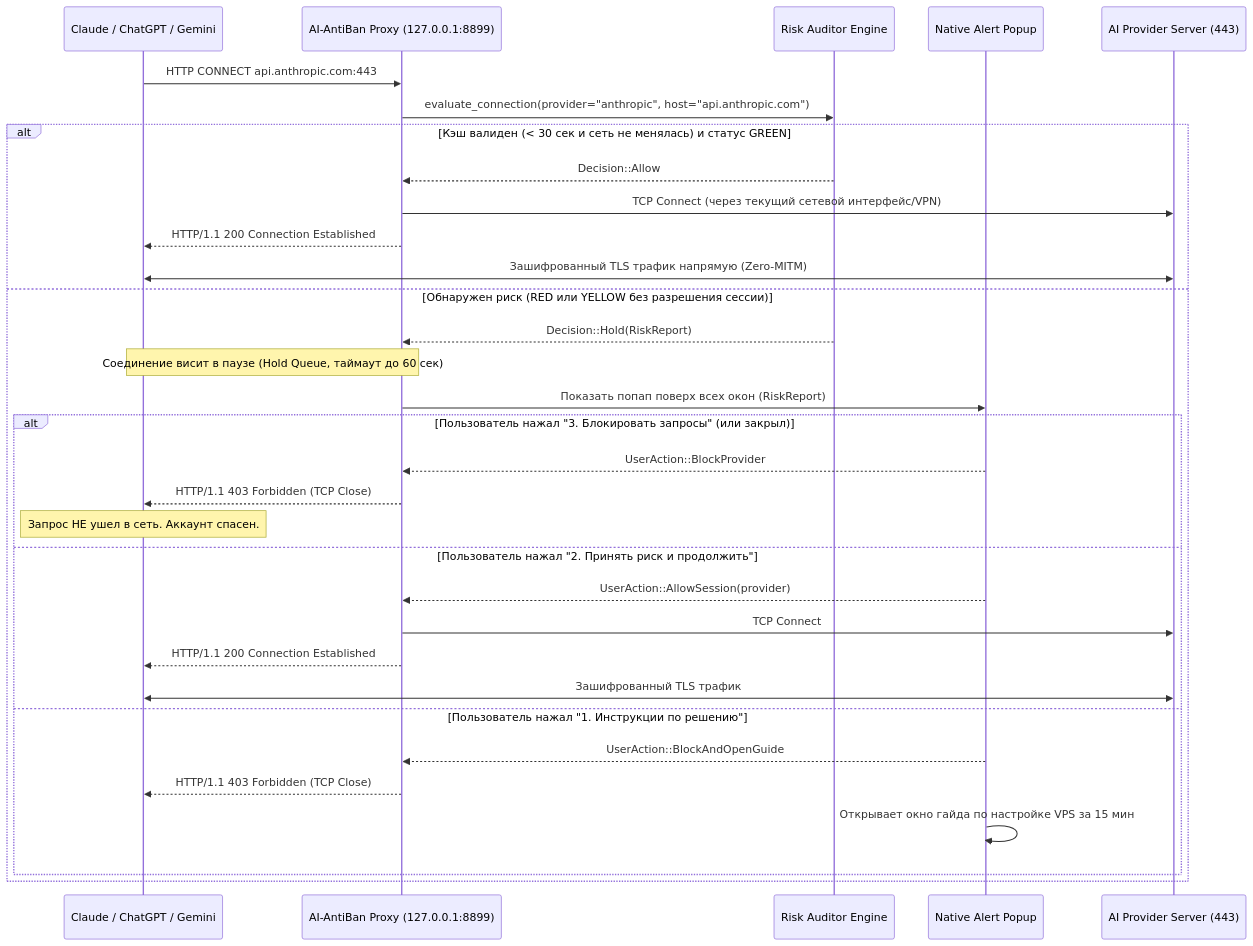
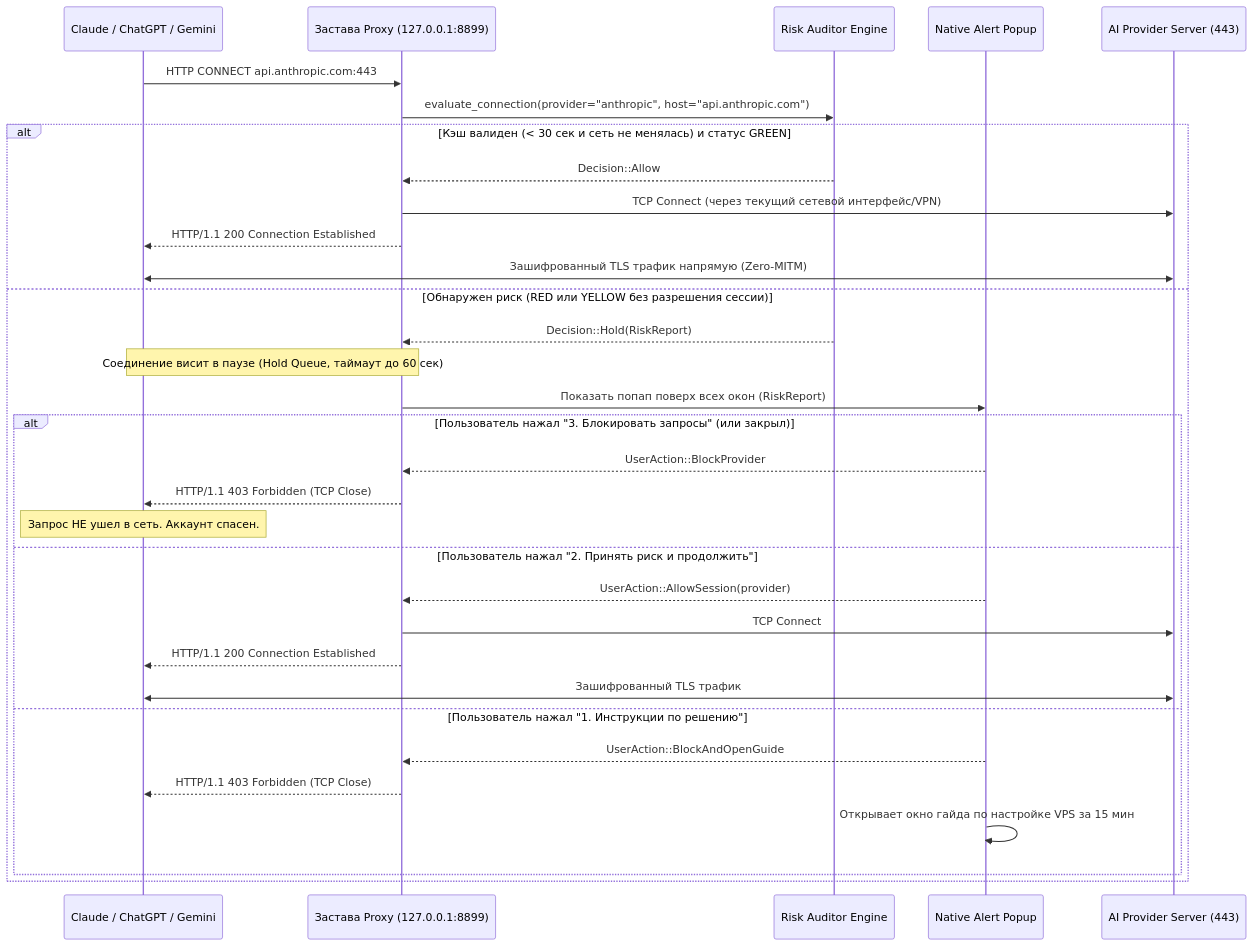
One commit to NjemTop/ai-antiban changed the diagram in docs/02-Architecture-and-OS-Spec.md. Above: the diagram before and after it, drawn with Mermaid. The commit also changed other lines of this file and 31 other files, not shown here.

````diff
--- a/docs/02-Architecture-and-OS-Spec.md
+++ b/docs/02-Architecture-and-OS-Spec.md
@@ -50,37 +50,37 @@
 ```mermaid
 sequenceDiagram
     participant App as Claude / ChatGPT / Gemini
-    participant Proxy as AI-AntiBan Proxy (127.0.0.1:8899)
+    participant Proxy as Застава Proxy (127.0.0.1:8899)
     participant Auditor as Risk Auditor Engine
     participant UI as Native Alert Popup
     participant Target as AI Provider Server (443)
 
     App->>Proxy: HTTP CONNECT api.anthropic.com:443
     Proxy->>Auditor: evaluate_connection(provider="anthropic", host="api.anthropic.com")
     
     alt Кэш валиден (< 30 сек и сеть не менялась) и статус GREEN
         Auditor-->>Proxy: Decision::Allow
         Proxy->>Target: TCP Connect (через текущий сетевой интерфейс/VPN)
         Proxy-->>App: HTTP/1.1 200 Connection Established
         App<<->>Target: Зашифрованный TLS трафик напрямую (Zero-MITM)
     else Обнаружен риск (RED или YELLOW без разрешения сессии)
         Auditor-->>Proxy: Decision::Hold(RiskReport)
         Note over App,Proxy: Соединение висит в паузе (Hold Queue, таймаут до 60 сек)
         Proxy->>UI: Показать попап поверх всех окон (RiskReport)
         
         alt Пользователь нажал "3. Блокировать запросы" (или закрыл)
             UI-->>Proxy: UserAction::BlockProvider
             Proxy-->>App: HTTP/1.1 403 Forbidden (TCP Close)
             Note over App: Запрос НЕ ушел в сеть. Аккаунт спасен.
         else Пользователь нажал "2. Принять риск и продолжить"
             UI-->>Proxy: UserAction::AllowSession(provider)
             Proxy->>Target: TCP Connect
             Proxy-->>App: HTTP/1.1 200 Connection Established
             App<<->>Target: Зашифрованный TLS трафик
         else Пользователь нажал "1. Инструкции по решению"
             UI-->>Proxy: UserAction::BlockAndOpenGuide
             Proxy-->>App: HTTP/1.1 403 Forbidden (TCP Close)
             UI->>UI: Открывает окно гайда по настройке VPS за 15 мин
         end
     end
 ```
````
